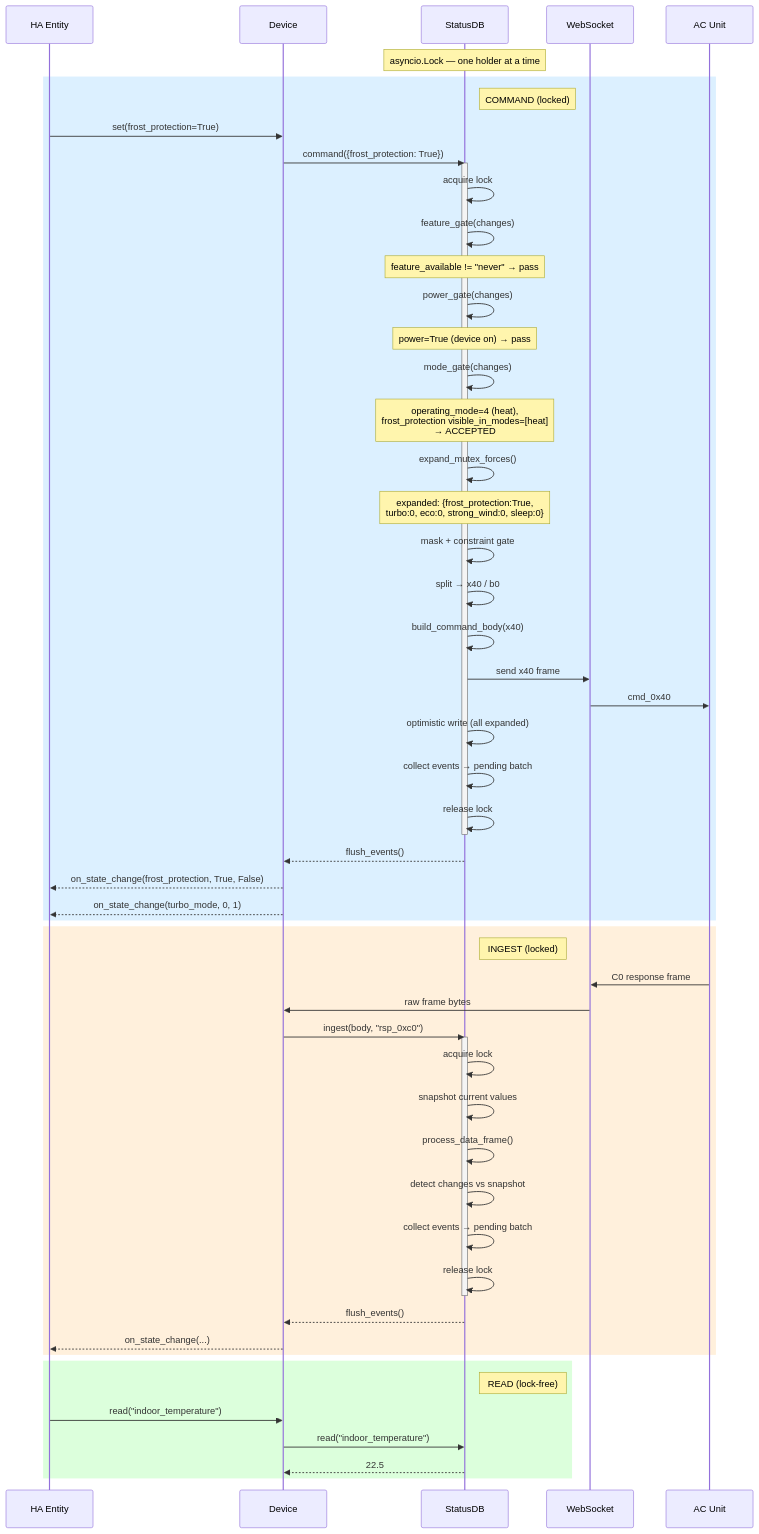
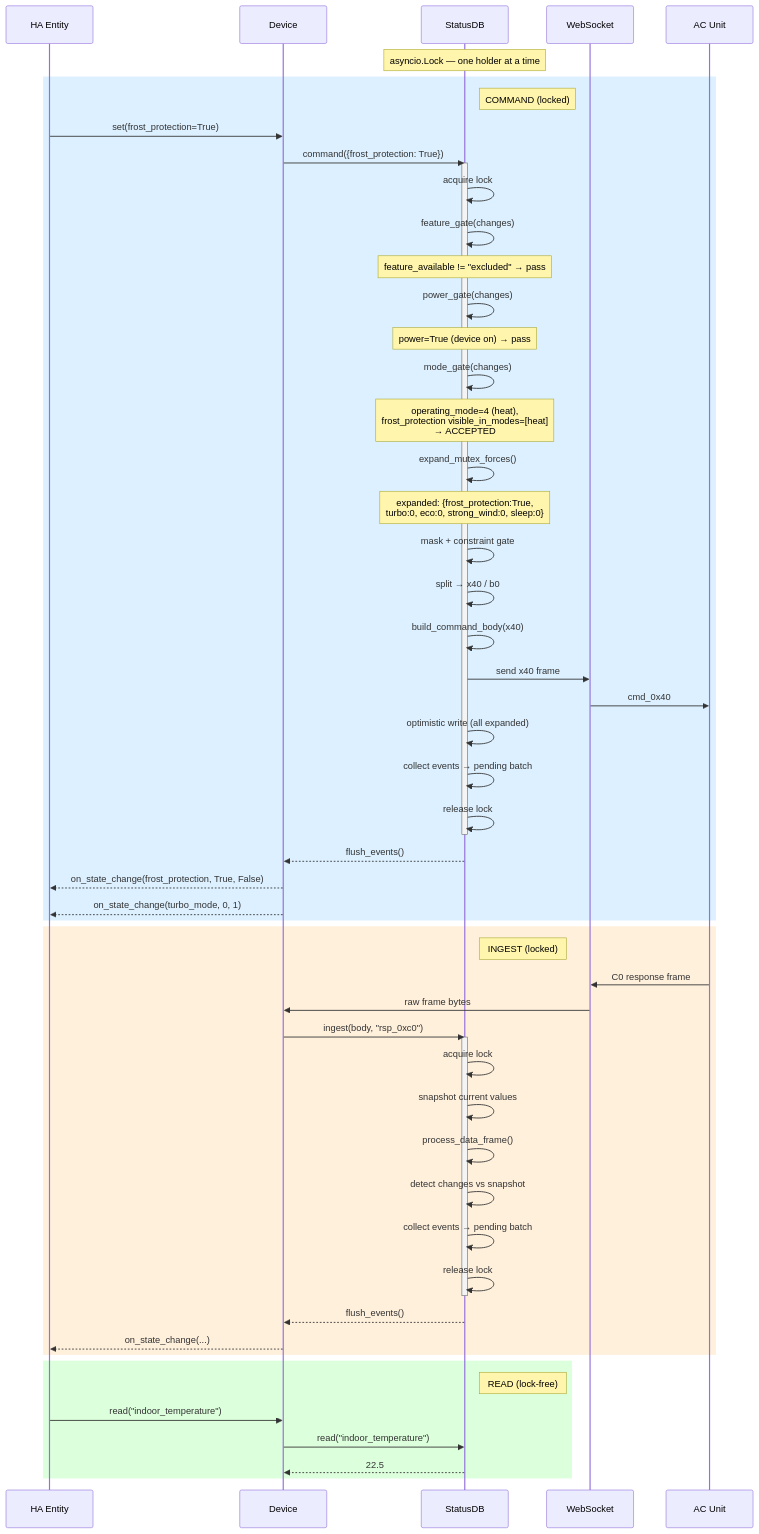
One commit to fabcoded/blaueis-libmidea changed the first of 11 diagrams in docs/status_db.md. Above: the diagram before and after it, drawn with Mermaid. The commit also changed other lines of this file and 26 other files, not shown here.

First line of the commit message:
schema+code: rename feature_available enum value never → excluded

````diff
--- a/docs/status_db.md
+++ b/docs/status_db.md
@@ -173,62 +173,62 @@
 ```mermaid
 sequenceDiagram
     participant HA as HA Entity
     participant Dev as Device
     participant DB as StatusDB
     participant WS as WebSocket
     participant AC as AC Unit
 
     Note over DB: asyncio.Lock — one holder at a time
 
     rect rgb(220, 240, 255)
         Note right of DB: COMMAND (locked)
         HA->>Dev: set(frost_protection=True)
         Dev->>DB: command({frost_protection: True})
         activate DB
         DB->>DB: acquire lock
         DB->>DB: feature_gate(changes)
-        Note over DB: feature_available != "never" → pass
+        Note over DB: feature_available != "excluded" → pass
         DB->>DB: power_gate(changes)
         Note over DB: power=True (device on) → pass
         DB->>DB: mode_gate(changes)
         Note over DB: operating_mode=4 (heat),<br/>frost_protection visible_in_modes=[heat]<br/>→ ACCEPTED
         DB->>DB: expand_mutex_forces()
         Note over DB: expanded: {frost_protection:True,<br/>turbo:0, eco:0, strong_wind:0, sleep:0}
         DB->>DB: mask + constraint gate
         DB->>DB: split → x40 / b0
         DB->>DB: build_command_body(x40)
         DB->>WS: send x40 frame
         WS->>AC: cmd_0x40
         DB->>DB: optimistic write (all expanded)
         DB->>DB: collect events → pending batch
         DB->>DB: release lock
         deactivate DB
         DB-->>Dev: flush_events()
         Dev-->>HA: on_state_change(frost_protection, True, False)
         Dev-->>HA: on_state_change(turbo_mode, 0, 1)
     end
 
     rect rgb(255, 240, 220)
         Note right of DB: INGEST (locked)
         AC->>WS: C0 response frame
         WS->>Dev: raw frame bytes
         Dev->>DB: ingest(body, "rsp_0xc0")
         activate DB
         DB->>DB: acquire lock
         DB->>DB: snapshot current values
         DB->>DB: process_data_frame()
         DB->>DB: detect changes vs snapshot
         DB->>DB: collect events → pending batch
         DB->>DB: release lock
         deactivate DB
         DB-->>Dev: flush_events()
         Dev-->>HA: on_state_change(...)
     end
 
     rect rgb(220, 255, 220)
         Note right of DB: READ (lock-free)
         HA->>Dev: read("indoor_temperature")
         Dev->>DB: read("indoor_temperature")
         DB-->>Dev: 22.5
     end
 ```
````
